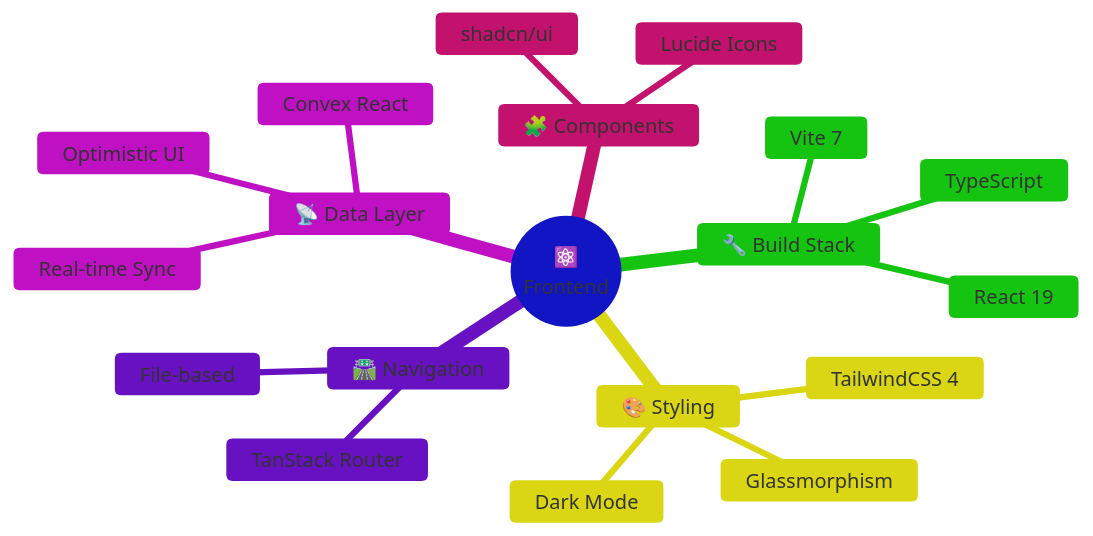
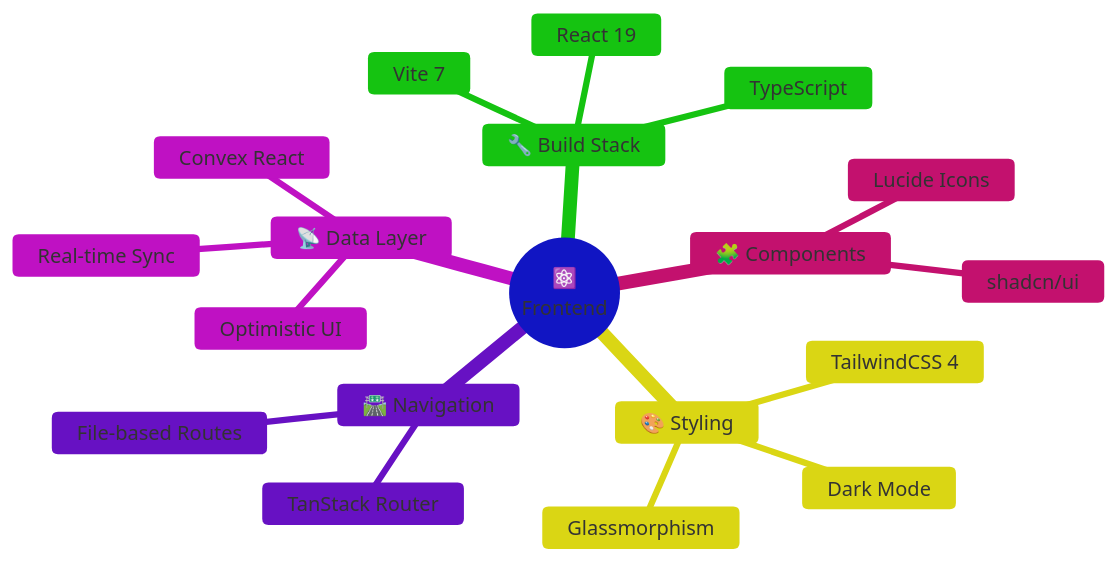
One commit to sabry-awad97/convex-notes changed the fourth of 5 diagrams in README.md. Above: the diagram before and after it, drawn with Mermaid. The commit also changed other lines of this file and 32 other files, not shown here.

````diff
--- a/README.md
+++ b/README.md
@@ -323,24 +328,24 @@
 ```mermaid
 %%{init: {'theme': 'base', 'themeVariables': { 'primaryColor': '#6366f1', 'lineColor': '#818cf8'}}}%%
 
 mindmap
   root((⚛️<br/>Frontend))
     🔧 Build Stack
       Vite 7
       TypeScript
       React 19
     🎨 Styling
       TailwindCSS 4
       Glassmorphism
       Dark Mode
     🛣️ Navigation
       TanStack Router
-      File-based
+      File-based Routes
     📡 Data Layer
       Convex React
       Real-time Sync
       Optimistic UI
     🧩 Components
       shadcn/ui
       Lucide Icons
 ```
````
